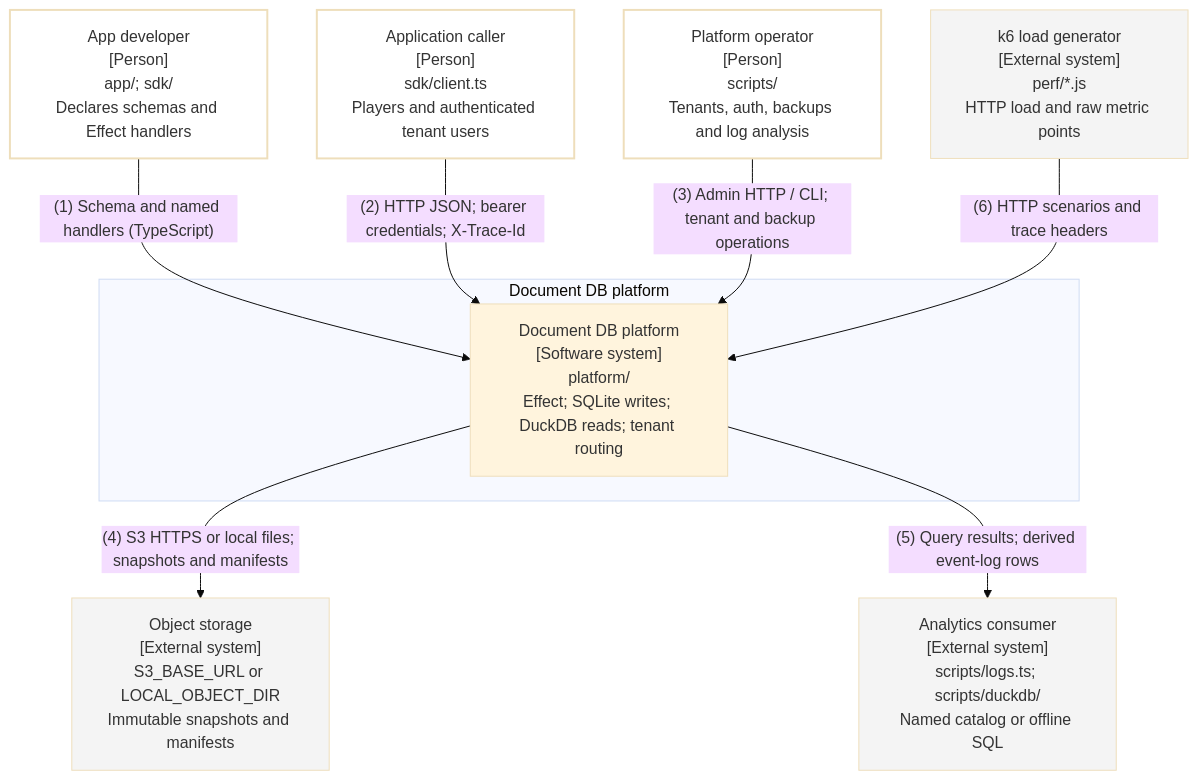
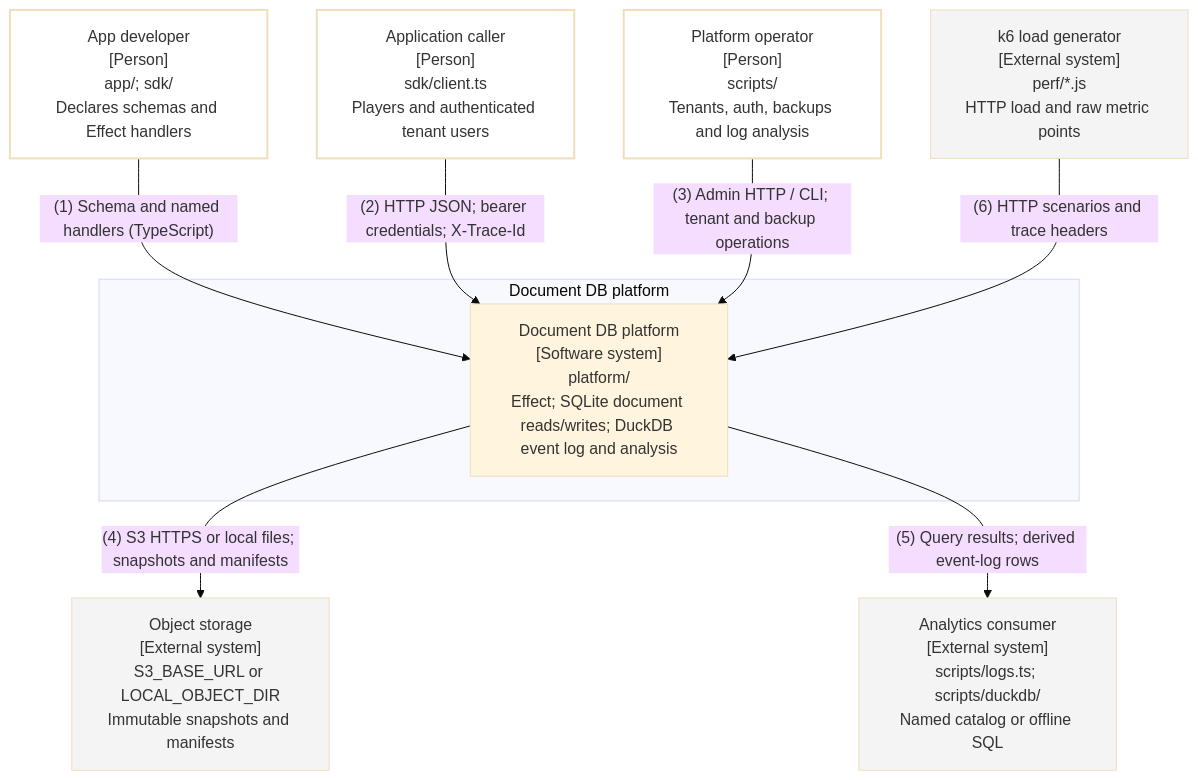
One commit to nickstrad/ts-db changed the diagram in docs/architecture/c4-context-document-db.github.md. Above: the diagram before and after it, drawn with Mermaid (base theme). The commit also changed 15 other files, not shown here.

Commit message:
SP-08: docs for in-process SQLite document reads (Luna build)

````diff
--- a/docs/architecture/c4-context-document-db.github.md
+++ b/docs/architecture/c4-context-document-db.github.md
@@ -6,27 +6,27 @@
 ```mermaid
 flowchart TB
     subgraph platform["Document DB platform"]
-        db["Document DB platform<br/>[Software system]<br/>platform/<br/>Effect; SQLite writes; DuckDB reads; tenant routing"]
+        db["Document DB platform<br/>[Software system]<br/>platform/<br/>Effect; SQLite document reads/writes; DuckDB event log and analysis"]
     end
         developer["App developer<br/>[Person]<br/>app/; sdk/<br/>Declares schemas and Effect handlers"]
         caller["Application caller<br/>[Person]<br/>sdk/client.ts<br/>Players and authenticated tenant users"]
         operator["Platform operator<br/>[Person]<br/>scripts/<br/>Tenants, auth, backups and log analysis"]
         objects["Object storage<br/>[External system]<br/>S3_BASE_URL or LOCAL_OBJECT_DIR<br/>Immutable snapshots and manifests"]
         analytics["Analytics consumer<br/>[External system]<br/>scripts/logs.ts; scripts/duckdb/<br/>Named catalog or offline SQL"]
         k6["k6 load generator<br/>[External system]<br/>perf/*.js<br/>HTTP load and raw metric points"]
     developer -->|"(1) Schema and named handlers (TypeScript)"| db
     caller -->|"(2) HTTP JSON; bearer credentials; X-Trace-Id"| db
     operator -->|"(3) Admin HTTP / CLI; tenant and backup operations"| db
     db -->|"(4) S3 HTTPS or local files; snapshots and manifests"| objects
     db -->|"(5) Query results; derived event-log rows"| analytics
     k6 -->|"(6) HTTP scenarios and trace headers"| db
     classDef planned stroke-dasharray: 5 3
     classDef person fill:#fff,stroke-width:2px
     classDef external fill:#f4f4f4
     class developer person
     class caller person
     class operator person
     class objects external
     class analytics external
     class k6 external
 ```
````
